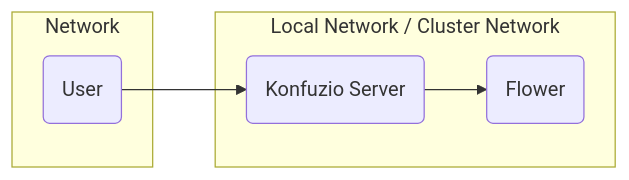
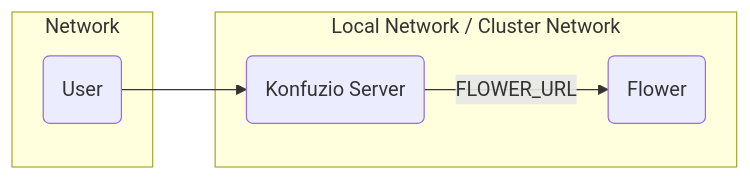
Before and after one commit to konfuzio-ai/konfuzio-sdk: the diagram in docs/web/on_premises.md, drawn with Mermaid. The commit also changed other lines of this file, not shown here.

````diff
--- a/docs/web/on_premises.md
+++ b/docs/web/on_premises.md
@@ -335,10 +335,10 @@
 ```mermaid
 graph LR
 subgraph Network
 a("User")
 end
 subgraph Local Network / Cluster Network
 a("User") --> e("Konfuzio Server")
-e("Konfuzio Server") --> f("Flower")
+e("Konfuzio Server") -- FLOWER_URL --> f("Flower")
 end
 ```
````
